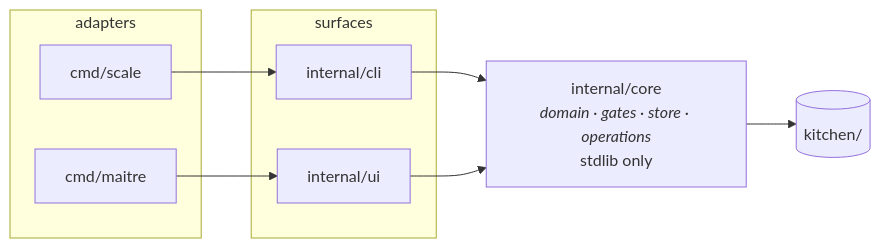
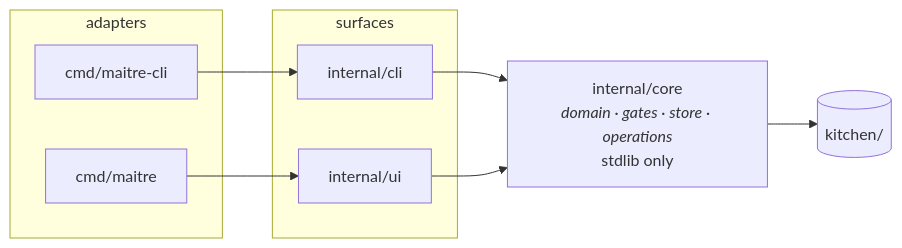
Before and after one commit to lthiagol/maitre: the second of 2 diagrams in docs/05-human-interface.md, drawn with Mermaid. The commit also changed other lines of this file and 23 other files, not shown here.

````diff
--- a/docs/05-human-interface.md
+++ b/docs/05-human-interface.md
@@ -434,19 +434,19 @@
 ```mermaid
 flowchart LR
     subgraph adapters["adapters"]
-        cmd_scale["cmd/scale"]
+        cmd_scale["cmd/maitre-cli"]
         cmd_maitre["cmd/maitre"]
     end
     subgraph surfaces["surfaces"]
         cli["internal/cli"]
         ui["internal/ui"]
     end
     core["internal/core<br/><i>domain · gates · store · operations</i><br/>stdlib only"]
     plan[("kitchen/")]
 
     cmd_scale --> cli
     cmd_maitre --> ui
     cli --> core
     ui --> core
     core --> plan
 ```
````
